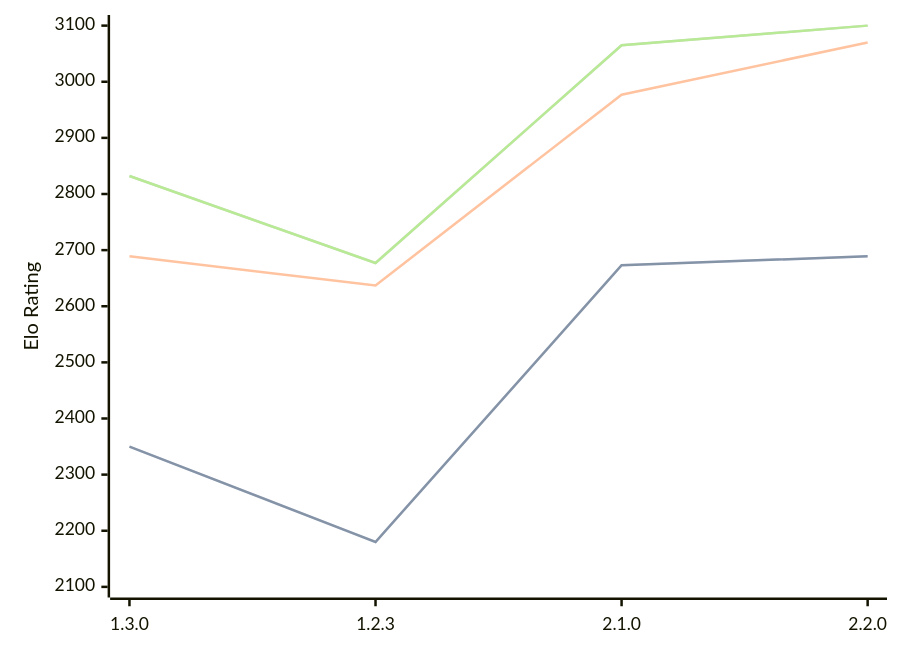
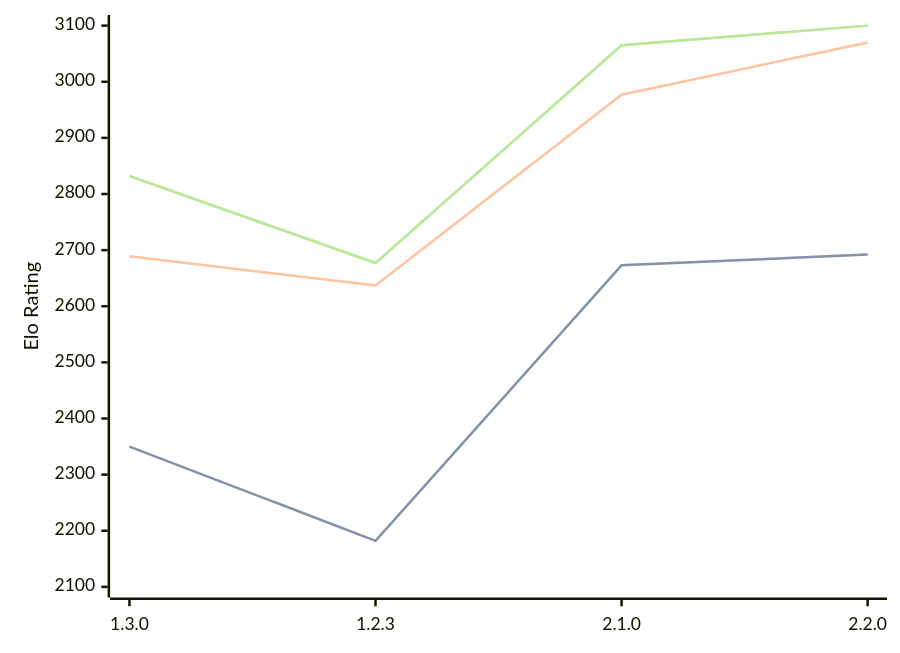
The diagram in engines/Aspen.md (computer-chess-index/cci), drawn with Mermaid before and after one commit. The commit also changed other lines of this file, not shown here.

````diff
--- a/engines/Aspen.md
+++ b/engines/Aspen.md
@@ -43,11 +43,11 @@
 ```mermaid
 %%{init: {"theme":"base","themeVariables":{"seriesColors:['#a3a3a3','#222221','#faa371']}}}%%
 xychart-beta
   x-axis ["1.3.0", "1.2.3", "2.1.0", "2.2.0"]
   y-axis "Elo Rating" 2100 --> 3100
-  line "STC (8.0+0.08s)" [2350, 2180, 2673, 2689]
-  line "STC (8.0+0.08s)" [2350, 2180, 2673, 2689]
+  line "STC (8.0+0.08s)" [2350, 2182, 2673, 2692]
+  line "STC (8.0+0.08s)" [2350, 2182, 2673, 2692]
   line "LTC (60.0+0.60s)" [2689, 2637, 2977, 3070]
   line "VLTC (2m24s+1.12s)" [2832, 2677, 3065, 3100]
   line "VLTC (2m24s+1.12s)" [2832, 2677, 3065, 3100]
 ```
````
